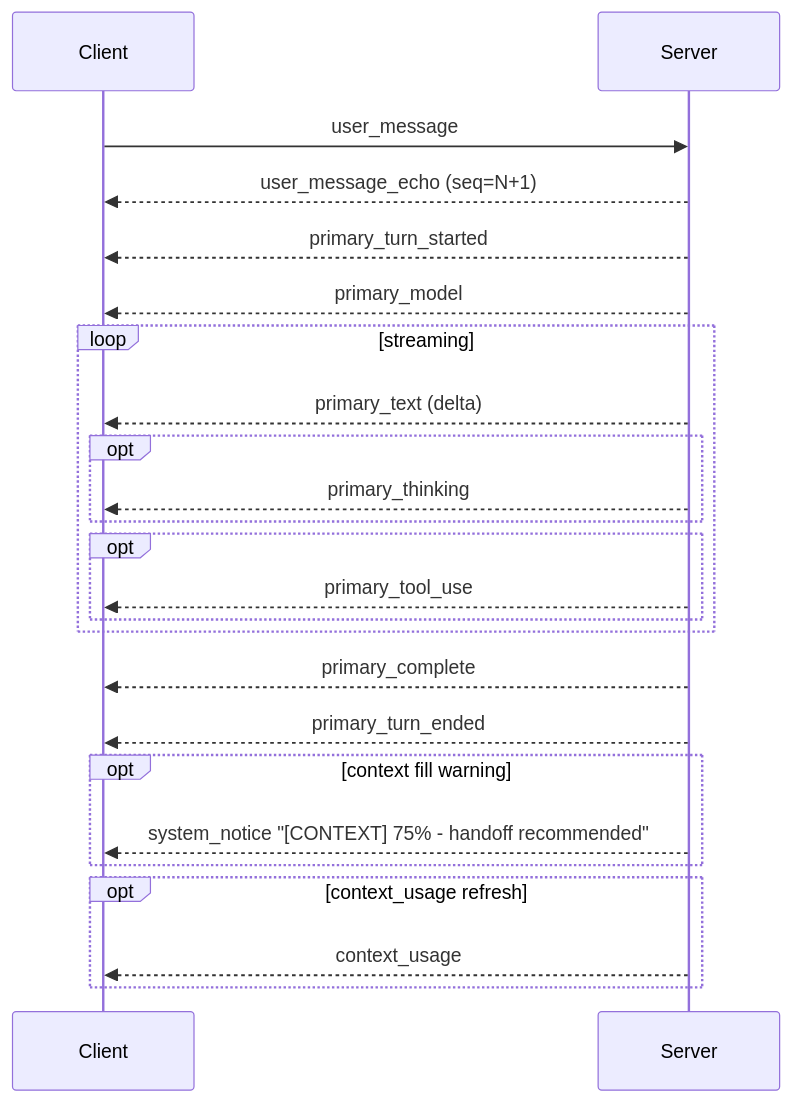
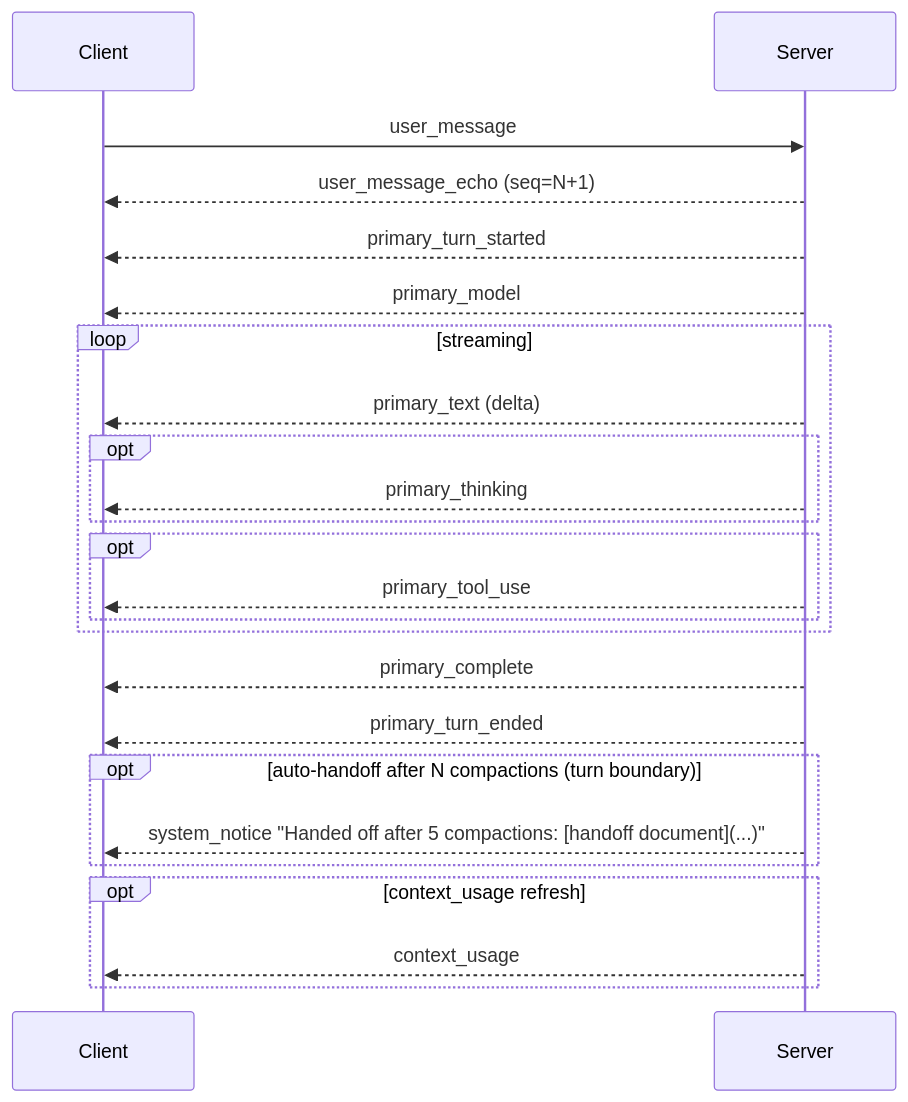
The diagram in docs/PROTOCOL.md (ghreprimand/arco), drawn with Mermaid before and after one commit. The commit also changed other lines of this file and 57 other files, not shown here.

Commit message:
Hand off automatically after N compactions instead of a context percentage

````diff
--- a/docs/PROTOCOL.md
+++ b/docs/PROTOCOL.md
@@ -892,26 +892,26 @@
 ```mermaid
 sequenceDiagram
     participant C as Client
     participant S as Server
     C->>S: user_message
     S-->>C: user_message_echo (seq=N+1)
     S-->>C: primary_turn_started
     S-->>C: primary_model
     loop streaming
       S-->>C: primary_text (delta)
       opt
         S-->>C: primary_thinking
       end
       opt
         S-->>C: primary_tool_use
       end
     end
     S-->>C: primary_complete
     S-->>C: primary_turn_ended
-    opt context fill warning
-      S-->>C: system_notice "[CONTEXT] 75% - handoff recommended"
+    opt auto-handoff after N compactions (turn boundary)
+      S-->>C: system_notice "Handed off after 5 compactions: [handoff document](...)"
     end
     opt context_usage refresh
       S-->>C: context_usage
     end
 ```
````
